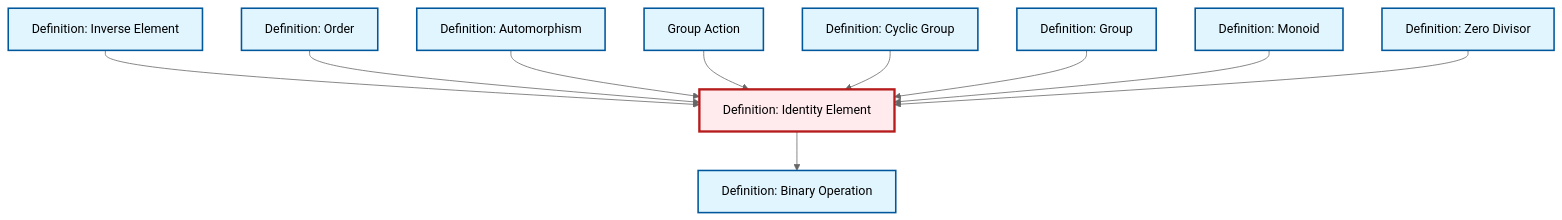
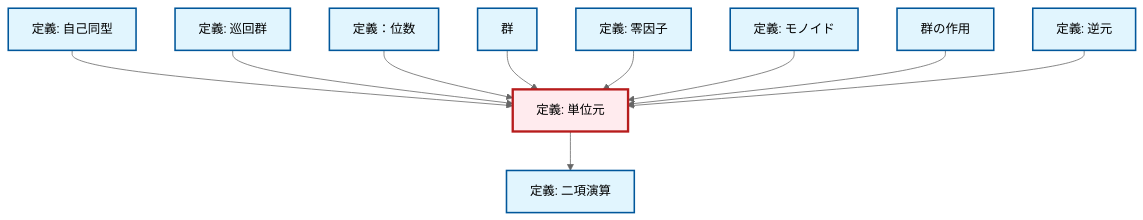
One commit to RK0429/ModernMath changed the diagram in content/ja/algebra/def-identity-element.qmd. Above: the diagram before and after it, drawn with Mermaid (neutral theme). The commit also changed 1069 other files, not shown here.

````diff
--- a/content/ja/algebra/def-identity-element.qmd
+++ b/content/ja/algebra/def-identity-element.qmd
@@ -81,38 +81,38 @@
 ```{mermaid}
 %%| fig-cap: "Local dependency graph"
 graph TD
     classDef definition fill:#e1f5fe,stroke:#01579b,stroke-width:2px
     classDef theorem fill:#f3e5f5,stroke:#4a148c,stroke-width:2px
     classDef axiom fill:#fff3e0,stroke:#e65100,stroke-width:2px
     classDef example fill:#e8f5e9,stroke:#1b5e20,stroke-width:2px
     classDef current fill:#ffebee,stroke:#b71c1c,stroke-width:3px
-    def-inverse-element["Definition: Inverse Element"]:::definition
-    def-monoid["Definition: Monoid"]:::definition
-    def-cyclic-group["Definition: Cyclic Group"]:::definition
-    def-group["Definition: Group"]:::definition
-    def-order["Definition: Order"]:::definition
-    def-binary-operation["Definition: Binary Operation"]:::definition
-    def-zero-divisor["Definition: Zero Divisor"]:::definition
-    def-identity-element["Definition: Identity Element"]:::definition
-    def-group-action["Group Action"]:::definition
-    def-automorphism["Definition: Automorphism"]:::definition
+    def-zero-divisor["定義: 零因子"]:::definition
+    def-automorphism["定義: 自己同型"]:::definition
+    def-cyclic-group["定義: 巡回群"]:::definition
+    def-inverse-element["定義: 逆元"]:::definition
+    def-binary-operation["定義: 二項演算"]:::definition
+    def-order["定義：位数"]:::definition
+    def-identity-element["定義: 単位元"]:::definition
+    def-monoid["定義: モノイド"]:::definition
+    def-group-action["群の作用"]:::definition
+    def-group["群"]:::definition
+    def-automorphism --> def-identity-element
+    def-cyclic-group --> def-identity-element
+    def-order --> def-identity-element
+    def-group --> def-identity-element
+    def-zero-divisor --> def-identity-element
+    def-monoid --> def-identity-element
+    def-group-action --> def-identity-element
+    def-inverse-element --> def-identity-element
     def-identity-element --> def-binary-operation
-    def-inverse-element --> def-identity-element
-    def-order --> def-identity-element
-    def-automorphism --> def-identity-element
-    def-group-action --> def-identity-element
-    def-cyclic-group --> def-identity-element
-    def-group --> def-identity-element
-    def-monoid --> def-identity-element
-    def-zero-divisor --> def-identity-element
     class def-identity-element current
-    click def-inverse-element "def-inverse-element.html" "Definition: Inverse Elementへ"
-    click def-monoid "def-monoid.html" "Definition: Monoidへ"
-    click def-cyclic-group "def-cyclic-group.html" "Definition: Cyclic Groupへ"
-    click def-group "def-group.html" "Definition: Groupへ"
-    click def-order "def-order.html" "Definition: Orderへ"
-    click def-binary-operation "def-binary-operation.html" "Definition: Binary Operationへ"
-    click def-zero-divisor "def-zero-divisor.html" "Definition: Zero Divisorへ"
-    click def-group-action "def-group-action.html" "Group Actionへ"
-    click def-automorphism "def-automorphism.html" "Definition: Automorphismへ"
+    click def-zero-divisor "def-zero-divisor.html" "零因子の定義へ"
+    click def-automorphism "def-automorphism.html" "自己同型の定義へ"
+    click def-cyclic-group "def-cyclic-group.html" "巡回群の定義へ"
+    click def-inverse-element "def-inverse-element.html" "逆元の定義へ"
+    click def-binary-operation "def-binary-operation.html" "二項演算の定義へ"
+    click def-order "def-order.html" "定義：位数へ"
+    click def-monoid "def-monoid.html" "モノイドの定義へ"
+    click def-group-action "def-group-action.html" "群の作用へ"
+    click def-group "def-group.html" "群へ"
 ```
````
